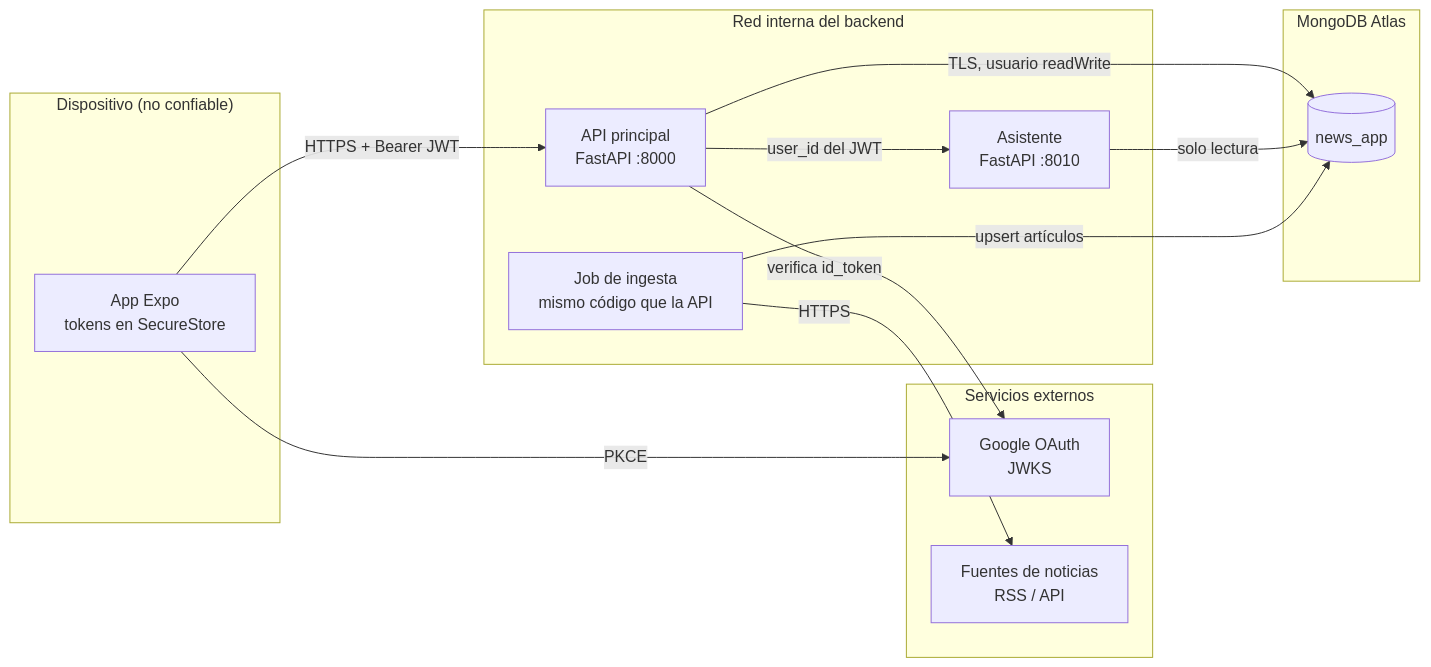
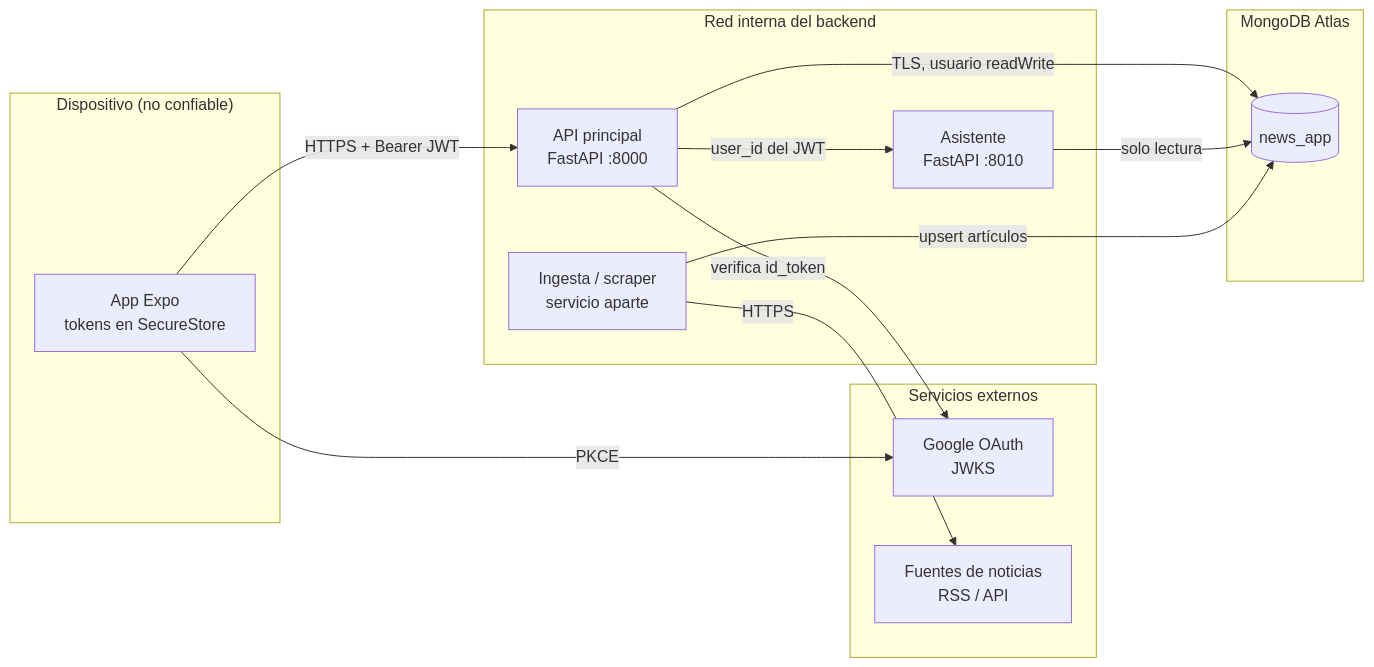
Before and after one commit to JosueSay/ai-assisted-news-app: the first of 3 diagrams in docs/architecture/README.md, drawn with Mermaid. The commit also changed other lines of this file and 2 other files, not shown here.

````diff
--- a/docs/architecture/README.md
+++ b/docs/architecture/README.md
@@ -11,30 +11,30 @@
 ```mermaid
 flowchart LR
     subgraph Cliente["Dispositivo (no confiable)"]
         APP["App Expo<br/>tokens en SecureStore"]
     end
 
     subgraph Externos["Servicios externos"]
         GOOGLE["Google OAuth<br/>JWKS"]
         FUENTES["Fuentes de noticias<br/>RSS / API"]
     end
 
     subgraph Backend["Red interna del backend"]
         API["API principal<br/>FastAPI :8000"]
-        INGEST["Job de ingesta<br/>mismo código que la API"]
+        INGEST["Ingesta / scraper<br/>servicio aparte"]
         ASSIST["Asistente<br/>FastAPI :8010"]
     end
 
     subgraph Datos["MongoDB Atlas"]
         DB[("news_app")]
     end
 
     APP -- "HTTPS + Bearer JWT" --> API
     APP -- "PKCE" --> GOOGLE
     API -- "verifica id_token" --> GOOGLE
     API -- "TLS, usuario readWrite" --> DB
     API -- "user_id del JWT" --> ASSIST
     ASSIST -- "solo lectura" --> DB
     INGEST -- "HTTPS" --> FUENTES
     INGEST -- "upsert artículos" --> DB
 ```
````
